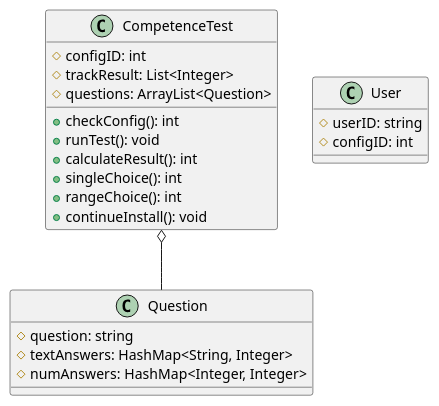
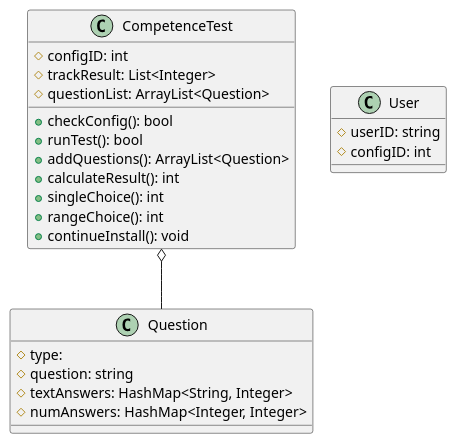
Before and after one commit to MaRoeIT/SoftwareEng_Gruppe_13: the diagram in SET_gruppe_13/src/main/java/no/hiof/g13/uml/competence_testUML.puml, drawn with PlantUML. The commit also changed 2 other files, not shown here.

```diff
--- a/SET_gruppe_13/src/main/java/no/hiof/g13/uml/competence_testUML.puml
+++ b/SET_gruppe_13/src/main/java/no/hiof/g13/uml/competence_testUML.puml
@@ -1,30 +1,32 @@
 @startuml
 'https://plantuml.com/class-diagram
 
 class CompetenceTest {
     #configID: int
     #trackResult: List<Integer>
-    #questions: ArrayList<Question>
+    #questionList: ArrayList<Question>
 
-    +checkConfig(): int
-    +runTest(): void
+    +checkConfig(): bool
+    +runTest(): bool
+    +addQuestions(): ArrayList<Question>
     +calculateResult(): int
     +singleChoice(): int
     +rangeChoice(): int
     +continueInstall(): void
 
 }
 
 class Question {
+    #type:
     #question: string
     #textAnswers: HashMap<String, Integer>
     #numAnswers: HashMap<Integer, Integer>
 }
 
 class User {
     #userID: string
     #configID: int
 }
 
 CompetenceTest o-- Question
 @enduml
```
